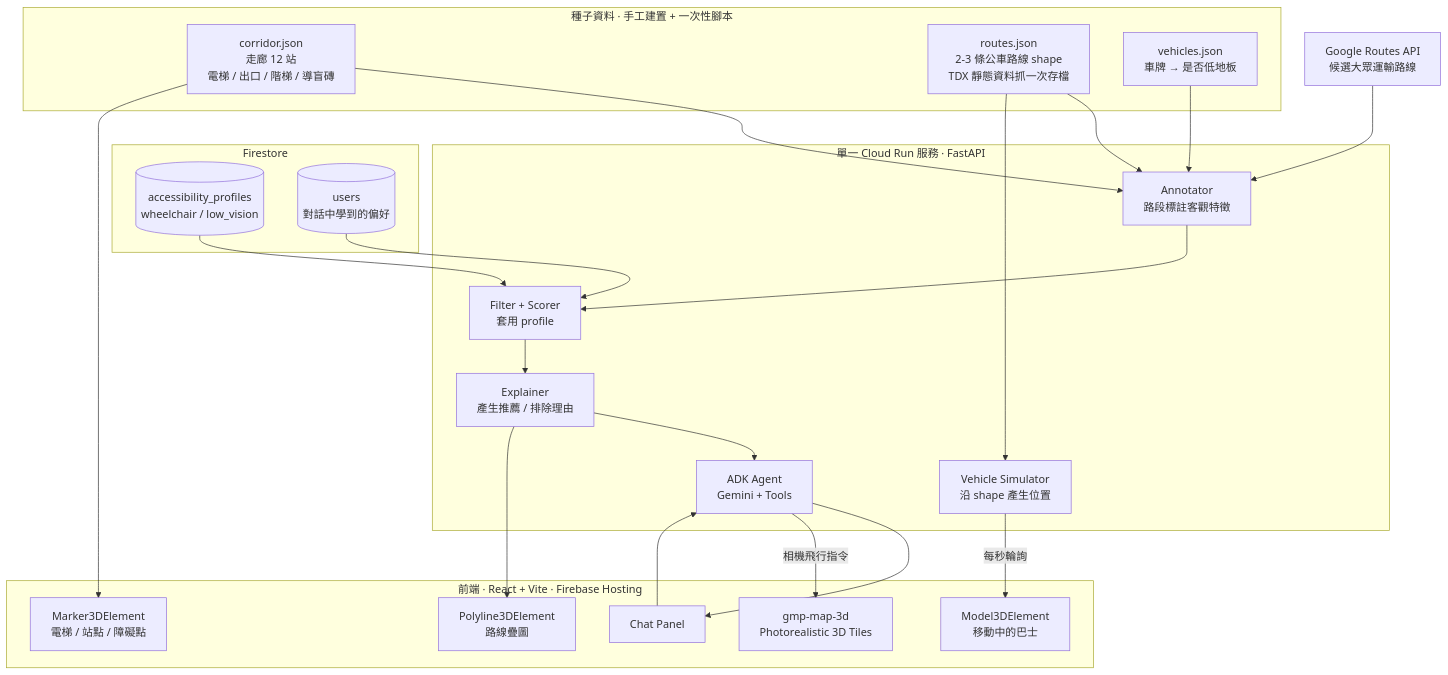
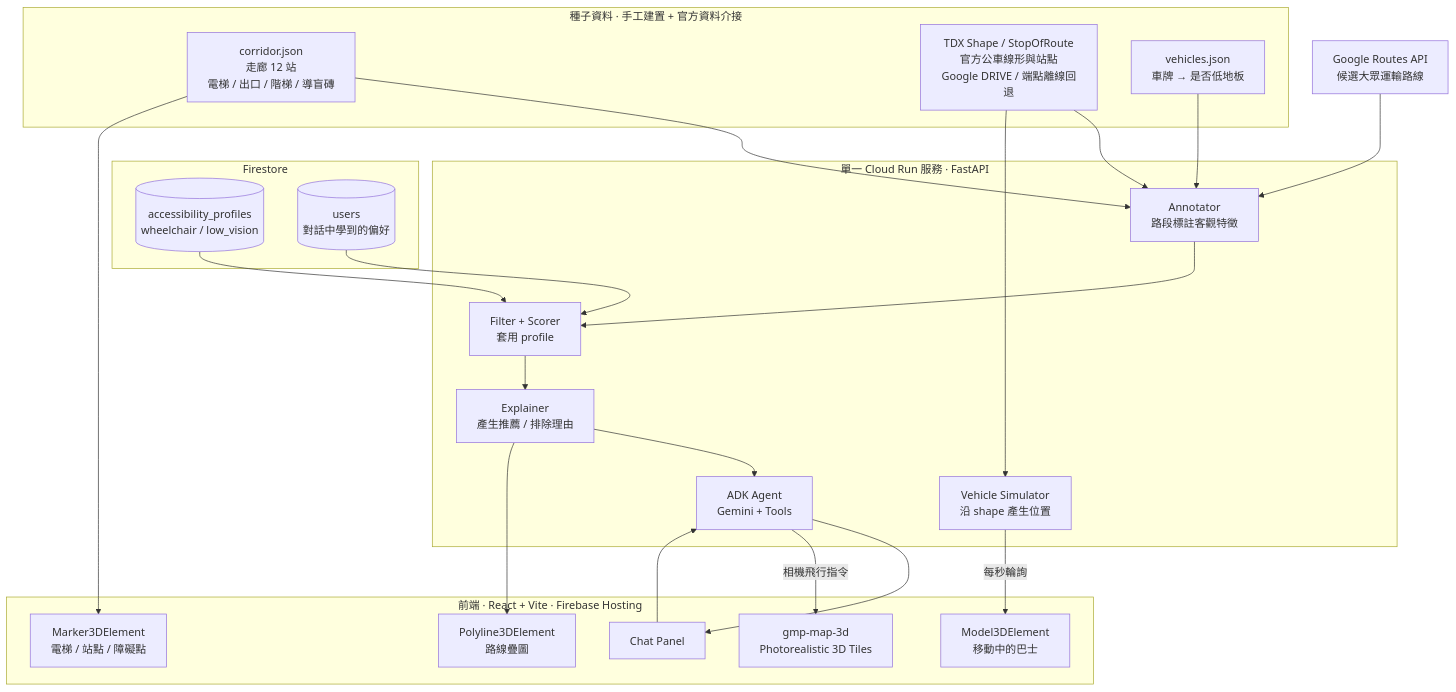
The first of 4 diagrams in docs/architecture.md (GabrielChentw/DevJam2026_taipei-pulse), drawn with Mermaid before and after one commit. The commit also changed other lines of this file and 35 other files, not shown here.

````diff
--- a/docs/architecture.md
+++ b/docs/architecture.md
@@ -14,46 +14,46 @@
 ```mermaid
 flowchart TB
-    subgraph SEED["種子資料 · 手工建置 + 一次性腳本"]
+    subgraph SEED["種子資料 · 手工建置 + 官方資料介接"]
         D1["corridor.json<br/>走廊 12 站<br/>電梯 / 出口 / 階梯 / 導盲磚"]
-        D2["routes.json<br/>2-3 條公車路線 shape<br/>TDX 靜態資料抓一次存檔"]
+        D2["TDX Shape / StopOfRoute<br/>官方公車線形與站點<br/>Google DRIVE / 端點離線回退"]
         D3["vehicles.json<br/>車牌 → 是否低地板"]
     end
 
     subgraph FS["Firestore"]
         P1[("accessibility_profiles<br/>wheelchair / low_vision")]
         P2[("users<br/>對話中學到的偏好")]
     end
 
     subgraph CR["單一 Cloud Run 服務 · FastAPI"]
         R1["Annotator<br/>路段標註客觀特徵"]
         R2["Filter + Scorer<br/>套用 profile"]
         R3["Explainer<br/>產生推薦 / 排除理由"]
         AG["ADK Agent<br/>Gemini + Tools"]
         SIM["Vehicle Simulator<br/>沿 shape 產生位置"]
     end
 
     subgraph FE["前端 · React + Vite · Firebase Hosting"]
         M1["gmp-map-3d<br/>Photorealistic 3D Tiles"]
         M2["Polyline3DElement<br/>路線疊圖"]
         M3["Marker3DElement<br/>電梯 / 站點 / 障礙點"]
         M4["Model3DElement<br/>移動中的巴士"]
         C1["Chat Panel"]
     end
 
     G1["Google Routes API<br/>候選大眾運輸路線"] --> R1
     D1 --> R1
     D2 --> R1
     D3 --> R1
     D2 --> SIM
     R1 --> R2
     P1 --> R2
     P2 --> R2
     R2 --> R3
     R3 --> AG
     AG --> C1
     AG -->|相機飛行指令| M1
     R3 --> M2
     D1 --> M3
     SIM -->|每秒輪詢| M4
     C1 --> AG
 ```
````
